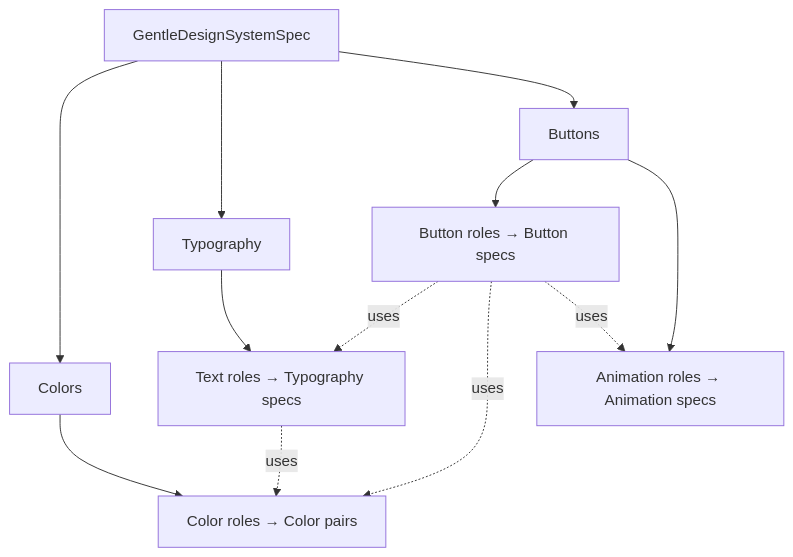
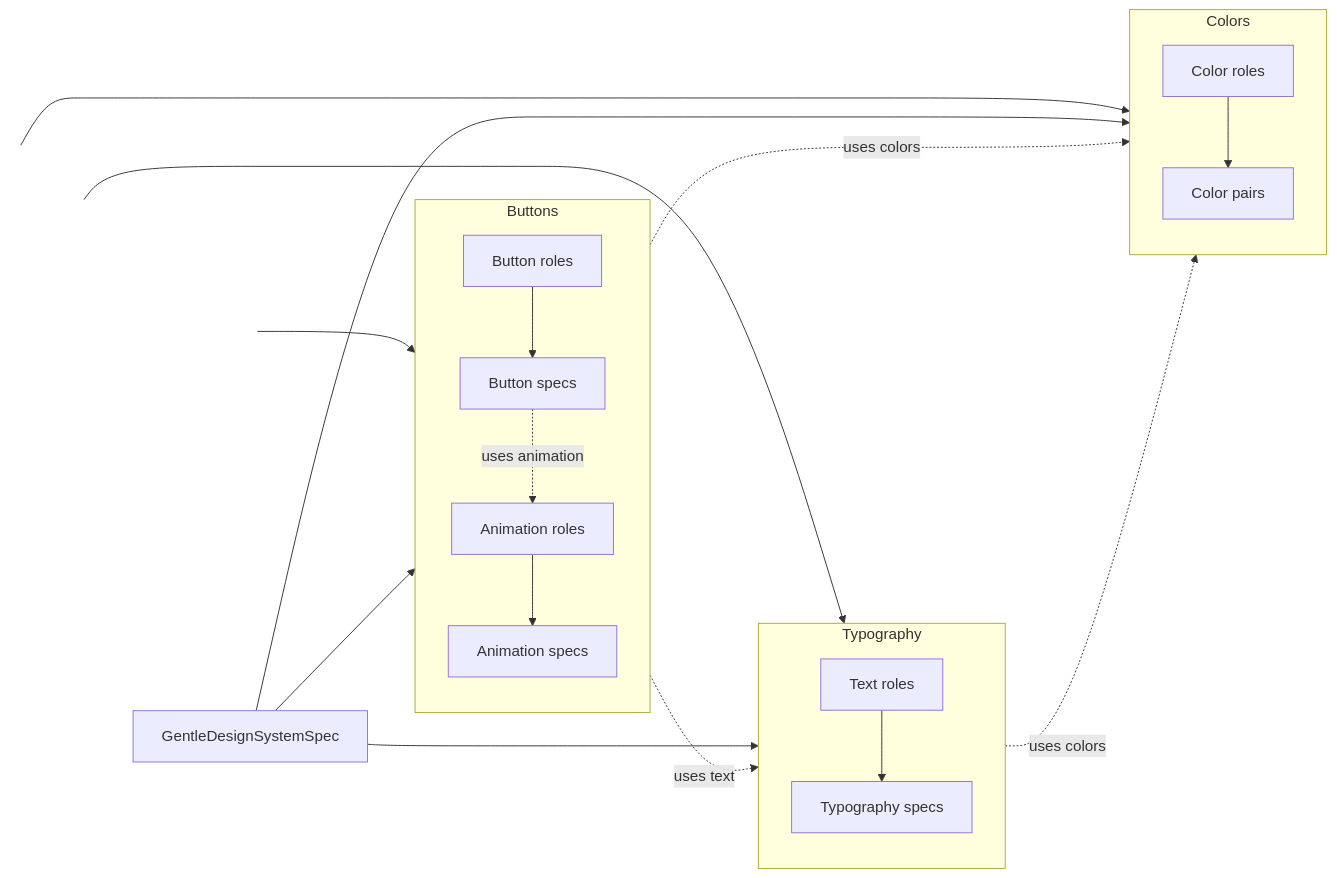
Before and after one commit to gentle-giraffe-apps/GentleDesignSystem: the second of 3 diagrams in README.md, drawn with Mermaid.

Commit message:
another try

````diff
--- a/README.md
+++ b/README.md
@@ -125,18 +125,45 @@
 ```mermaid
-flowchart TB
+flowchart LR
   Spec[GentleDesignSystemSpec]
-  Spec --> Colors[Colors]
-  Spec --> Type[Typography]
-  Spec --> Buttons[Buttons]
 
-  Colors --> CR[Color roles → Color pairs]
-  Type --> TR[Text roles → Typography specs]
-  Buttons --> BR[Button roles → Button specs]
-  Buttons --> AR[Animation roles → Animation specs]
+  %% Invisible anchors to enforce column layout (GitHub/Dagre-friendly)
+  A1(( )) --> A2(( )) --> A3(( ))
+  style A1 fill:transparent,stroke:transparent
+  style A2 fill:transparent,stroke:transparent
+  style A3 fill:transparent,stroke:transparent
+  linkStyle 0 stroke:transparent
+  linkStyle 1 stroke:transparent
 
-  %% Cross references (the important part)
-  TR -.uses.-> CR
-  BR -.uses.-> TR
-  BR -.uses.-> CR
-  BR -.uses.-> AR
+  %% Columns
+  subgraph C[Colors]
+    direction TB
+    C1[Color roles] --> C2[Color pairs]
+  end
+
+  subgraph T[Typography]
+    direction TB
+    T1[Text roles] --> T2[Typography specs]
+  end
+
+  subgraph B[Buttons]
+    direction TB
+    B1[Button roles] --> B2[Button specs]
+    B3[Animation roles] --> B4[Animation specs]
+  end
+
+  %% Pin each column to an anchor
+  A1 --> C1
+  A2 --> T1
+  A3 --> B1
+
+  %% Spec to each section
+  Spec --> C1
+  Spec --> T1
+  Spec --> B1
+
+  %% Minimal cross references (keep to 3–4 total)
+  T2 -.uses colors.-> C1
+  B2 -.uses text.-> T1
+  B2 -.uses colors.-> C1
+  B2 -.uses animation.-> B3
 ```
````
